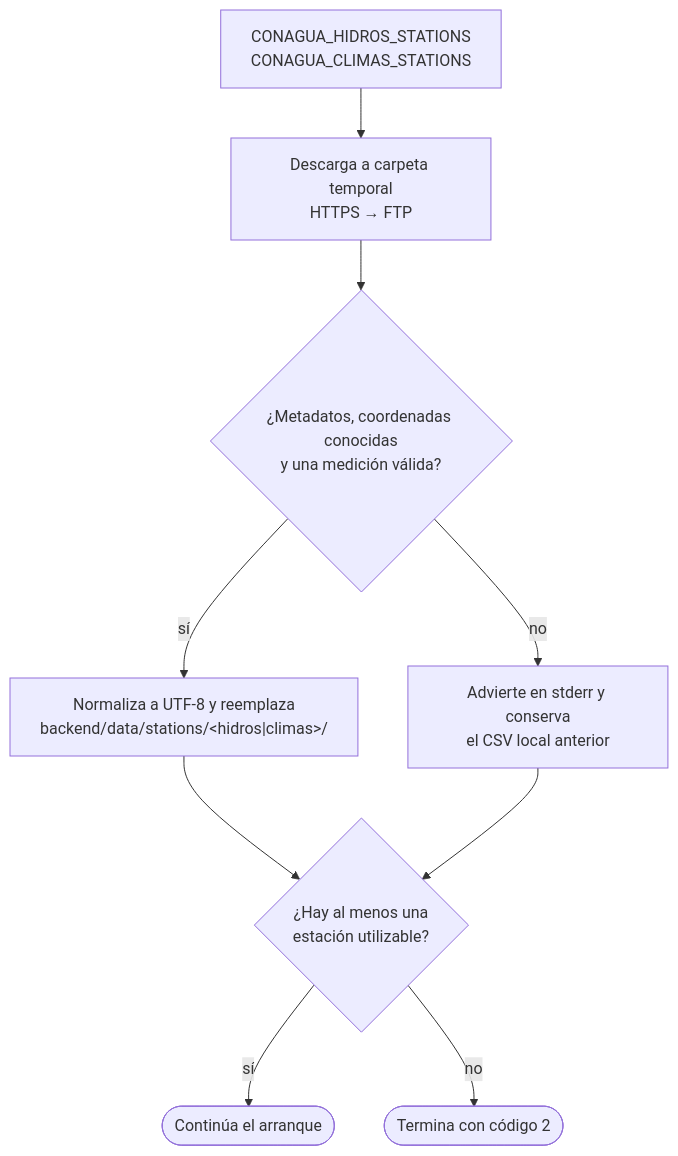
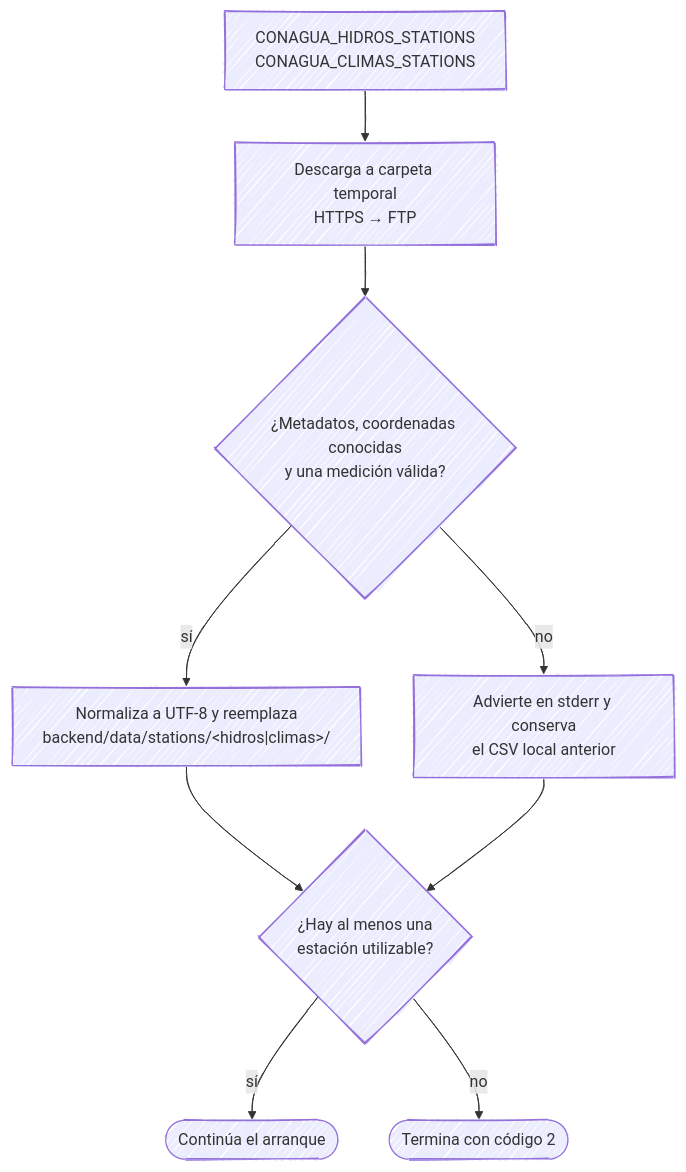
One commit to ElGuill3/distributionMapApp changed the third of 7 diagrams in README.md. Above: the diagram before and after it, drawn with Mermaid. The commit also changed other lines of this file and 1 other file, not shown here.

Commit message:
docs: render Mermaid diagrams with the hand-drawn look and transparent groups

````diff
--- a/README.md
+++ b/README.md
@@ -239,11 +247,15 @@
 ```mermaid
+---
+config:
+  look: handDrawn
+---
 flowchart TD
     cfg["CONAGUA_HIDROS_STATIONS<br/>CONAGUA_CLIMAS_STATIONS"] --> dl["Descarga a carpeta temporal<br/>HTTPS → FTP"]
     dl --> valid{"¿Metadatos, coordenadas conocidas<br/>y una medición válida?"}
     valid -- sí --> replace["Normaliza a UTF-8 y reemplaza<br/>backend/data/stations/&lt;hidros|climas&gt;/"]
     valid -- no --> keep["Advierte en stderr y conserva<br/>el CSV local anterior"]
     replace --> usable{"¿Hay al menos una<br/>estación utilizable?"}
     keep --> usable
     usable -- sí --> ok(["Continúa el arranque"])
     usable -- no --> abort(["Termina con código 2"])
 ```
````
